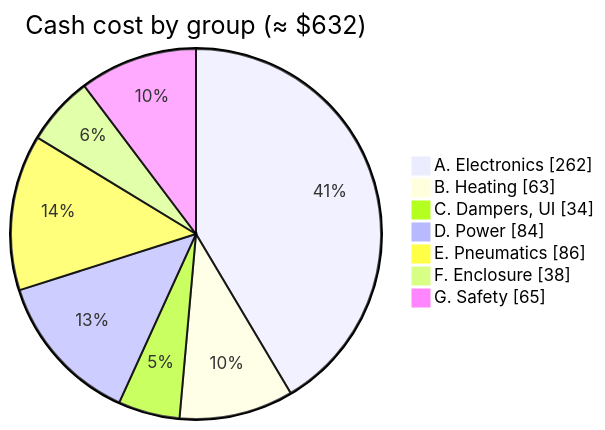
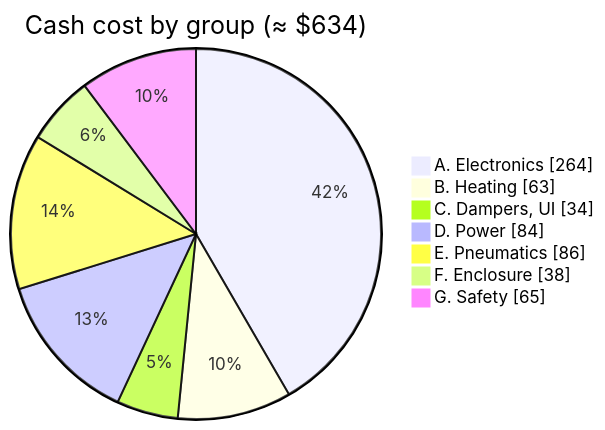
One commit to BashfulBits/3dp-fleet-exhaust changed the diagram in docs/03_bill_of_materials.md. Above: the diagram before and after it, drawn with Mermaid. The commit also changed other lines of this file and 5 other files, not shown here.

````diff
--- a/docs/03_bill_of_materials.md
+++ b/docs/03_bill_of_materials.md
@@ -28,11 +28,11 @@
 ```mermaid
 pie showData
-  title Cash cost by group (≈ $632)
-  "A. Electronics" : 262
+  title Cash cost by group (≈ $634)
+  "A. Electronics" : 264
   "B. Heating" : 63
   "C. Dampers, UI" : 34
   "D. Power" : 84
   "E. Pneumatics" : 86
   "F. Enclosure" : 38
   "G. Safety" : 65
 ```
````
